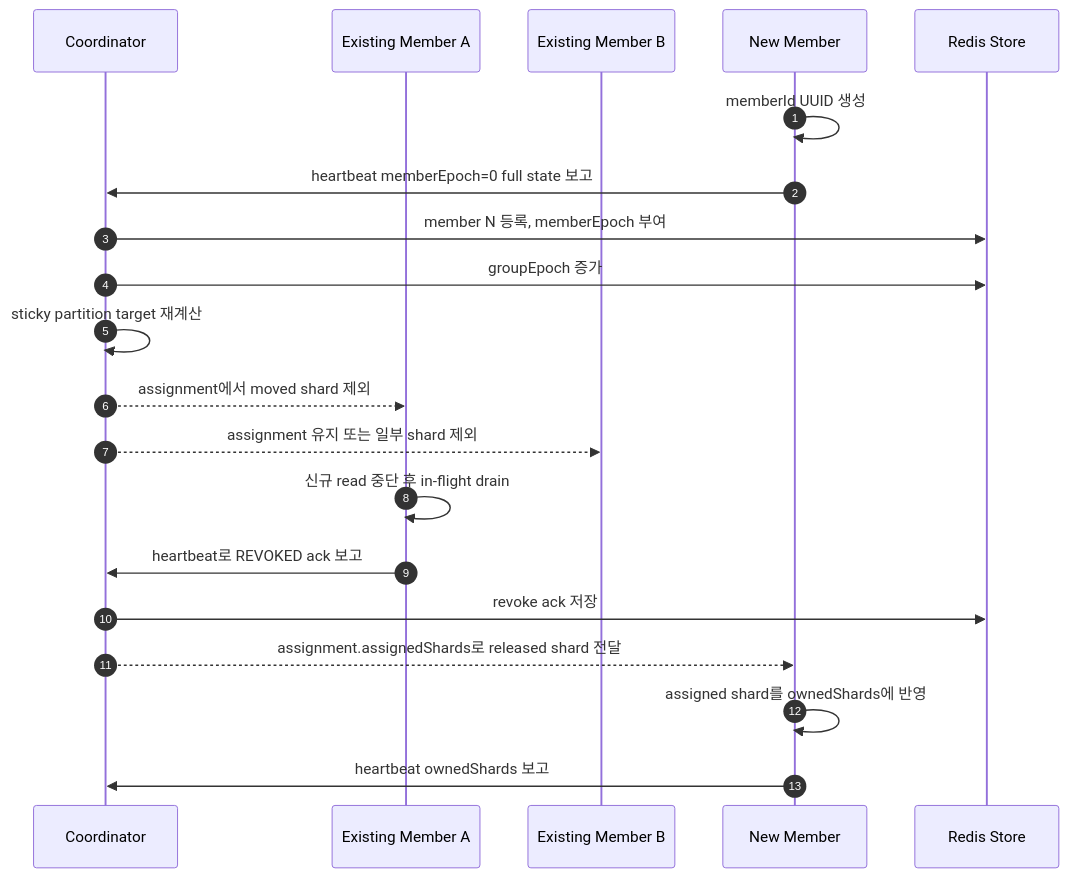
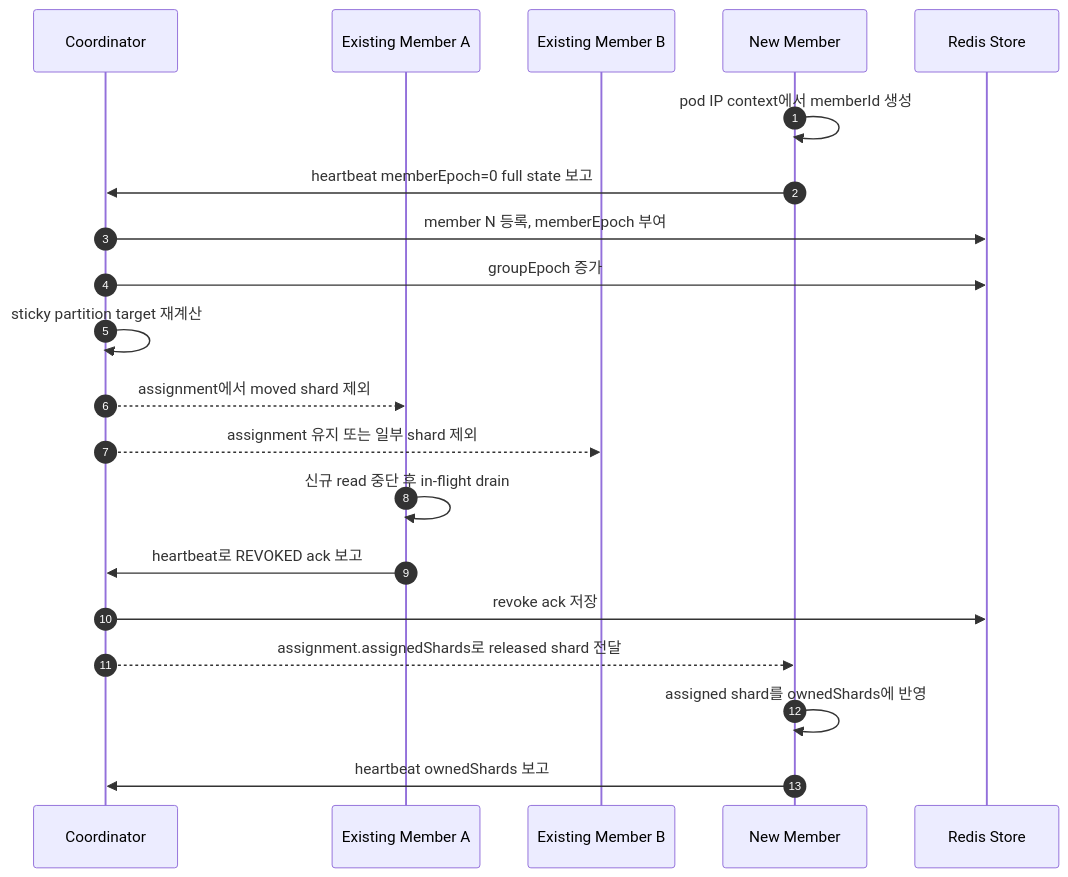
The second of 4 diagrams in docs/ko/prd/02-coordinator-architecture.md (ghkdqhrbals/redis-stream-coordinator), drawn with Mermaid before and after one commit. The commit also changed other lines of this file and 132 other files, not shown here.

````diff
--- a/docs/ko/prd/02-coordinator-architecture.md
+++ b/docs/ko/prd/02-coordinator-architecture.md
@@ -263,23 +263,23 @@
 ```mermaid
 sequenceDiagram
     autonumber
     participant C as Coordinator
     participant A as Existing Member A
     participant B as Existing Member B
     participant N as New Member
     participant Store as Redis Store
 
-    N->>N: memberId UUID 생성
+    N->>N: pod IP context에서 memberId 생성
     N->>C: heartbeat memberEpoch=0 full state 보고
     C->>Store: member N 등록, memberEpoch 부여
     C->>Store: groupEpoch 증가
     C->>C: sticky partition target 재계산
     C-->>A: assignment에서 moved shard 제외
     C-->>B: assignment 유지 또는 일부 shard 제외
     A->>A: 신규 read 중단 후 in-flight drain
     A->>C: heartbeat로 REVOKED ack 보고
     C->>Store: revoke ack 저장
     C-->>N: assignment.assignedShards로 released shard 전달
     N->>N: assigned shard를 ownedShards에 반영
     N->>C: heartbeat ownedShards 보고
 ```
````
